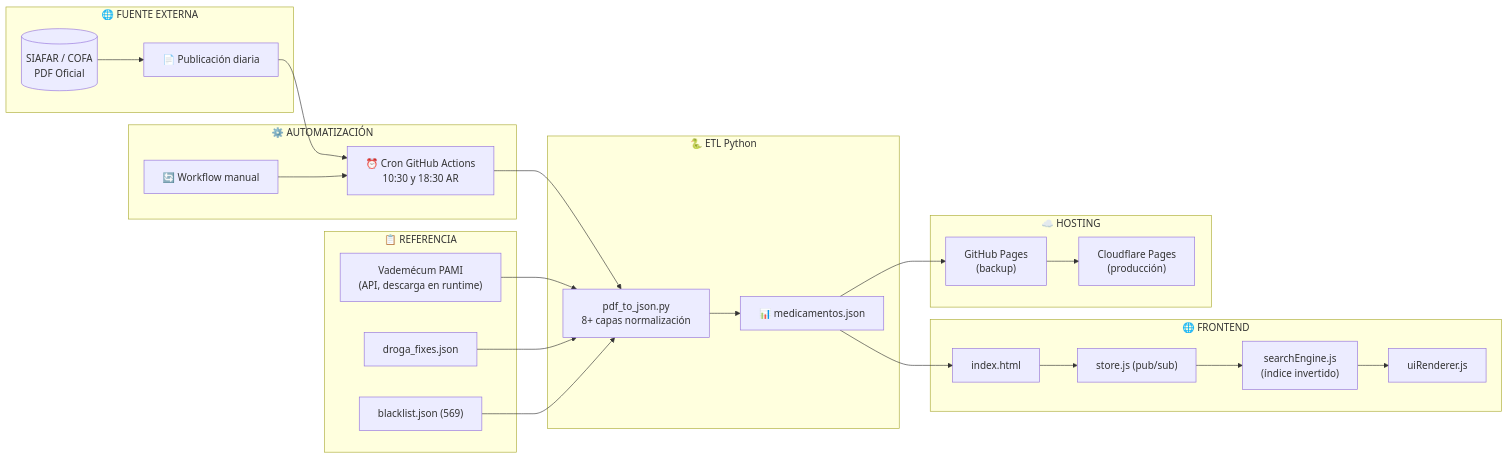
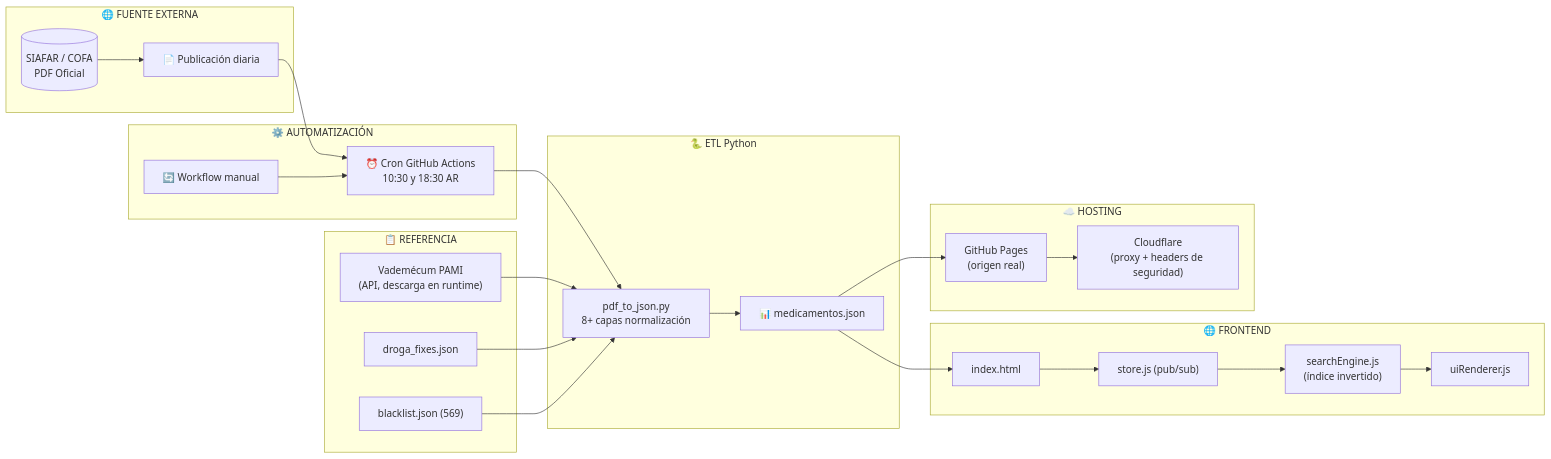
Before and after one commit to psbella/remediar: the third of 9 diagrams in README.md, drawn with Mermaid. The commit also changed other lines of this file and 1 other file, not shown here.

````diff
--- a/README.md
+++ b/README.md
@@ -561,51 +562,51 @@
 ```mermaid
 flowchart LR
 
     subgraph ONE["🌐 FUENTE EXTERNA"]
         A[("SIAFAR / COFA\nPDF Oficial")]
         B["📄 Publicación diaria"]
     end
 
     subgraph TWO["⚙️ AUTOMATIZACIÓN"]
         C["⏰ Cron GitHub Actions\n10:30 y 18:30 AR"]
         D["🔄 Workflow manual"]
     end
 
     subgraph THREE["🐍 ETL Python"]
         E["pdf_to_json.py\n8+ capas normalización"]
         G["📊 medicamentos.json"]
     end
 
     subgraph REF["📋 REFERENCIA"]
         H["Vademécum PAMI\n(API, descarga en runtime)"]
         I["droga_fixes.json"]
         J["blacklist.json (569)"]
     end
 
     subgraph FIVE["🌐 FRONTEND"]
         K["index.html"]
         L["store.js (pub/sub)"]
         M["searchEngine.js\n(índice invertido)"]
         N["uiRenderer.js"]
     end
 
     subgraph SEVEN["☁️ HOSTING"]
-        Q["GitHub Pages\n(backup)"]
-        R["Cloudflare Pages\n(producción)"]
+        Q["GitHub Pages\n(origen real)"]
+        R["Cloudflare\n(proxy + headers de seguridad)"]
     end
 
     A --> B
     B --> C
     D --> C
     C --> E
     H --> E
     I --> E
     J --> E
     E --> G
     G --> K
     K --> L
     L --> M
     M --> N
     G --> Q
     Q --> R
 ```
````
